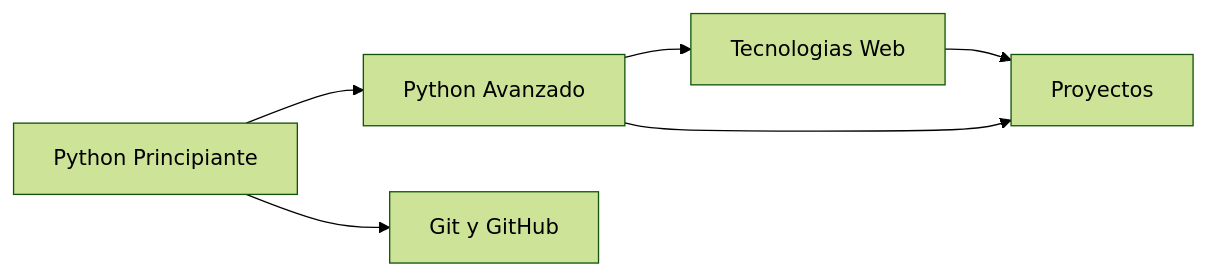
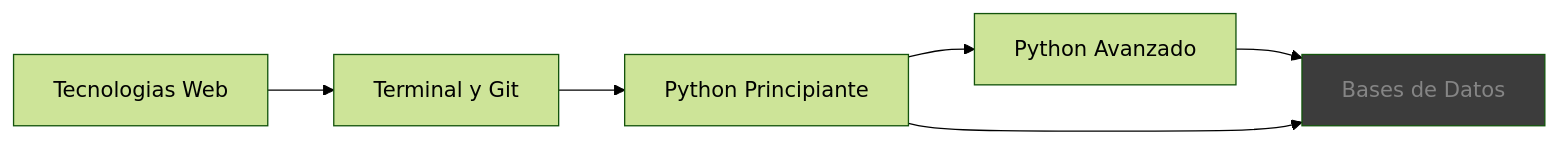
The diagram in blog/docs/index.md (roamingpa/bootcamp-python), drawn with Mermaid (forest theme) before and after one commit. The commit also changed other lines of this file and 5 other files, not shown here.

Commit message:
feat: iconos, mermaid en poo_caracteristicas, terminal.md, bases-de-datos.md, recursos.md, nav reordenada

````diff
--- a/blog/docs/index.md
+++ b/blog/docs/index.md
@@ -50,8 +65,9 @@
 ```mermaid
 graph LR
-    A[Python Principiante] --> B[Python Avanzado]
-    B --> C[Tecnologias Web]
-    A --> D[Git y GitHub]
-    C --> E[Proyectos]
-    B --> E
+    A[Tecnologias Web] --> B[Terminal y Git]
+    B --> C[Python Principiante]
+    C --> D[Python Avanzado]
+    D --> E[Bases de Datos]
+    C --> E
+    style E fill:#3c3c3c,color:#858585
 ```
````
